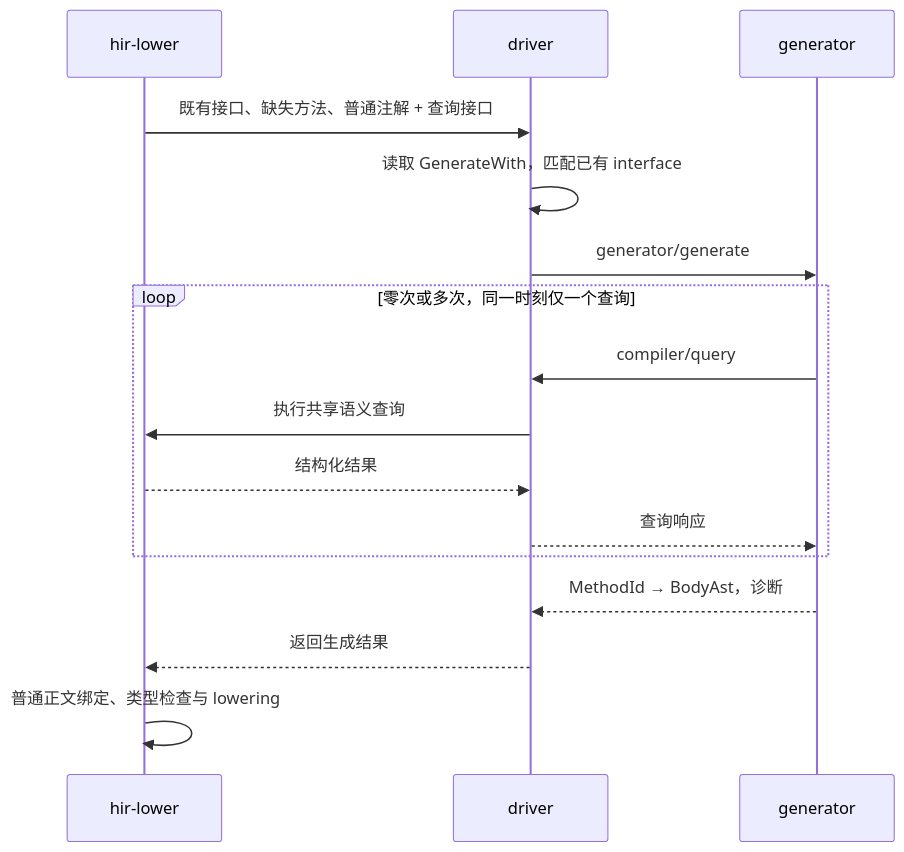
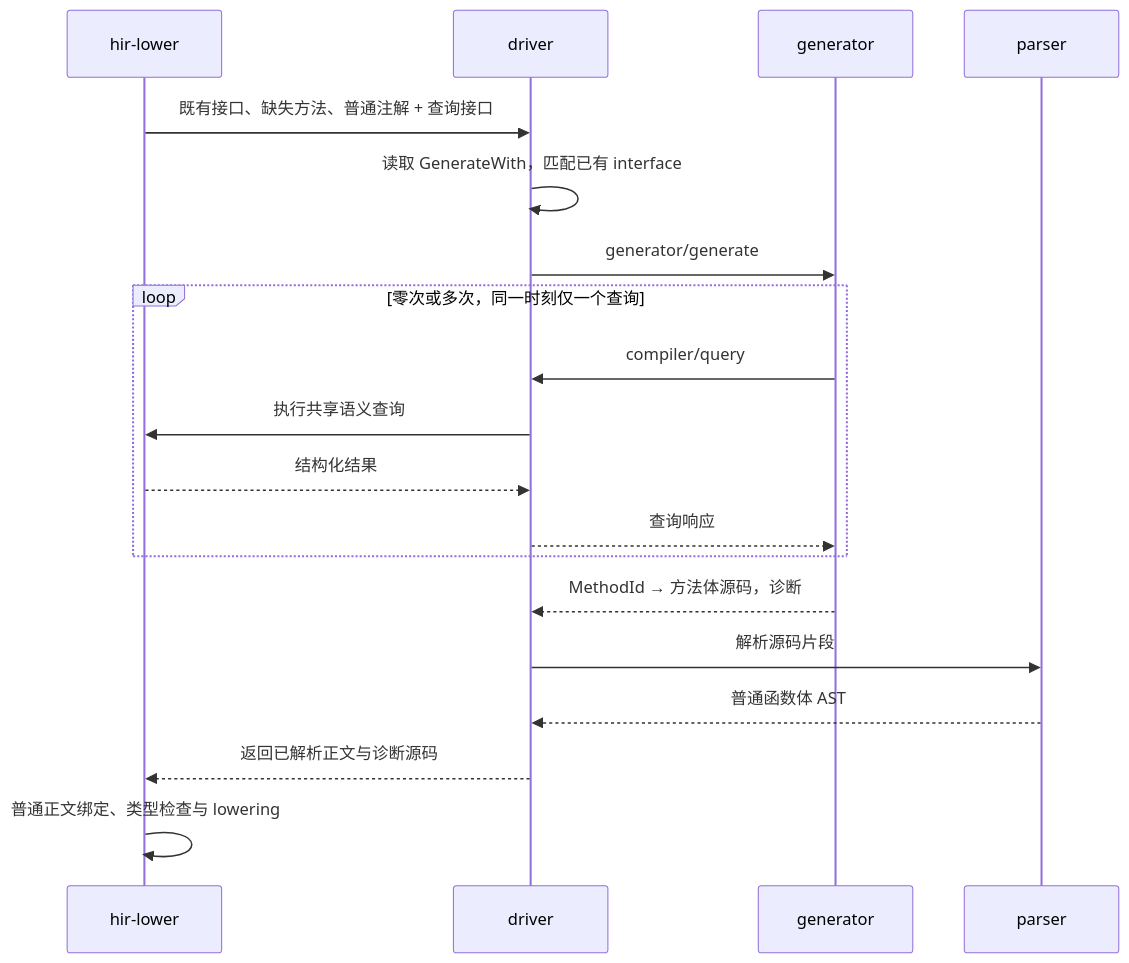
Before and after one commit to windoze/scoop: the diagram in docs/milestone47/PROTOCOL.md, drawn with Mermaid. The commit also changed other lines of this file and 5 other files, not shown here.

````diff
--- a/docs/milestone47/PROTOCOL.md
+++ b/docs/milestone47/PROTOCOL.md
@@ -9,18 +9,21 @@
 ```mermaid
 sequenceDiagram
     participant H as hir-lower
     participant D as driver
     participant G as generator
+    participant P as parser
     H->>D: 既有接口、缺失方法、普通注解 + 查询接口
     D->>D: 读取 GenerateWith，匹配已有 interface
     D->>G: generator/generate
     loop 零次或多次，同一时刻仅一个查询
         G->>D: compiler/query
         D->>H: 执行共享语义查询
         H-->>D: 结构化结果
         D-->>G: 查询响应
     end
-    G-->>D: MethodId → BodyAst，诊断
-    D-->>H: 返回生成结果
+    G-->>D: MethodId → 方法体源码，诊断
+    D->>P: 解析源码片段
+    P-->>D: 普通函数体 AST
+    D-->>H: 返回已解析正文与诊断源码
     H->>H: 普通正文绑定、类型检查与 lowering
 ```
````
